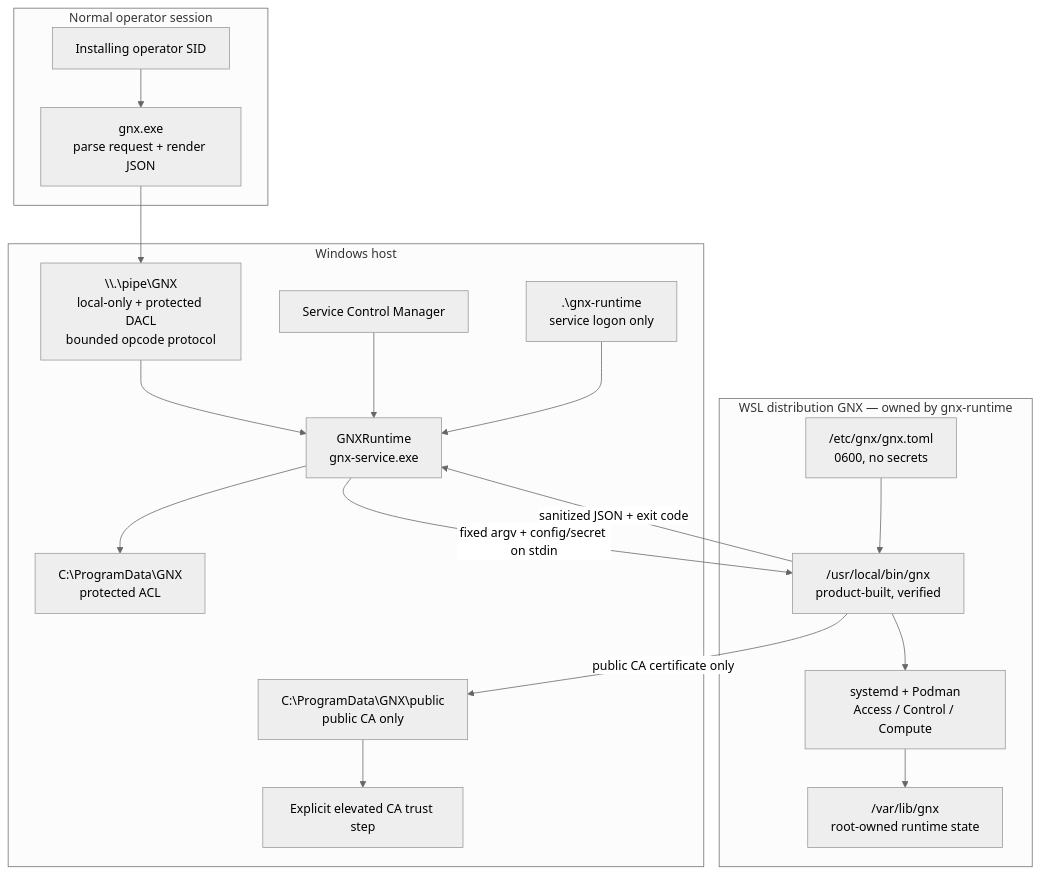
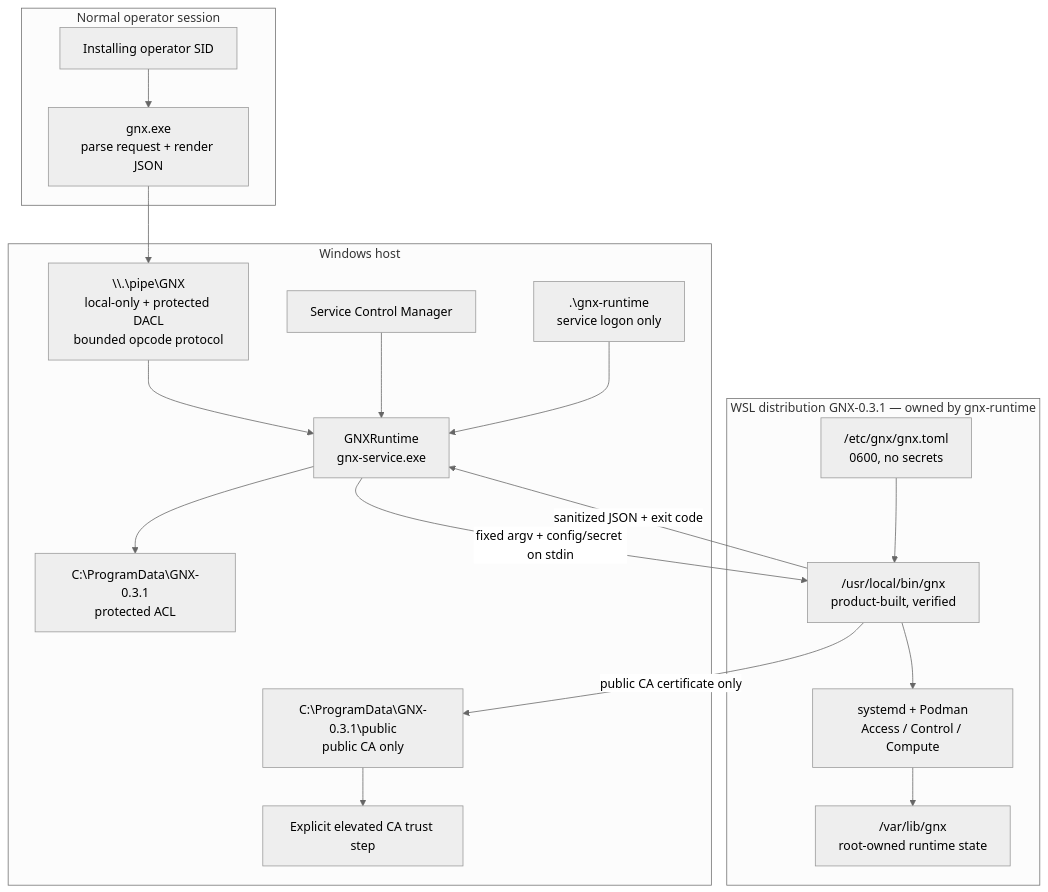
One commit to mayas-alas/quetzalcoatl changed the first of 3 diagrams in docs/windows-runtime.md. Above: the diagram before and after it, drawn with Mermaid (neutral theme). The commit also changed other lines of this file and 14 other files, not shown here.

````diff
--- a/docs/windows-runtime.md
+++ b/docs/windows-runtime.md
@@ -20,40 +20,40 @@
 ```mermaid
 flowchart TB
     subgraph OperatorSession[Normal operator session]
         Operator[Installing operator SID]
         CLI[gnx.exe<br/>parse request + render JSON]
         Operator --> CLI
     end
 
     subgraph WindowsHost[Windows host]
         Pipe["\\.\pipe\GNX<br/>local-only + protected DACL<br/>bounded opcode protocol"]
         SCM["Service Control Manager"]
         Service["GNXRuntime<br/>gnx-service.exe"]
         Account[".\gnx-runtime<br/>service logon only"]
-        State["C:\ProgramData\GNX<br/>protected ACL"]
-        Public["C:\ProgramData\GNX\public<br/>public CA only"]
+        State["C:\ProgramData\GNX-0.3.1<br/>protected ACL"]
+        Public["C:\ProgramData\GNX-0.3.1\public<br/>public CA only"]
         Trust["Explicit elevated CA trust step"]
 
         CLI --> Pipe
         Pipe --> Service
         SCM --> Service
         Account --> Service
         Service --> State
         Public --> Trust
     end
 
-    subgraph IsolatedWSL["WSL distribution GNX — owned by gnx-runtime"]
+    subgraph IsolatedWSL["WSL distribution GNX-0.3.1 — owned by gnx-runtime"]
         LinuxGNX["/usr/local/bin/gnx<br/>product-built, verified"]
         Config["/etc/gnx/gnx.toml<br/>0600, no secrets"]
         Runtime["systemd + Podman<br/>Access / Control / Compute"]
         Secrets["/var/lib/gnx<br/>root-owned runtime state"]
 
         LinuxGNX --> Runtime
         Config --> LinuxGNX
         Runtime --> Secrets
     end
 
     Service -->|fixed argv + config/secret on stdin| LinuxGNX
     LinuxGNX -->|sanitized JSON + exit code| Service
     LinuxGNX -->|public CA certificate only| Public
 ```
````
